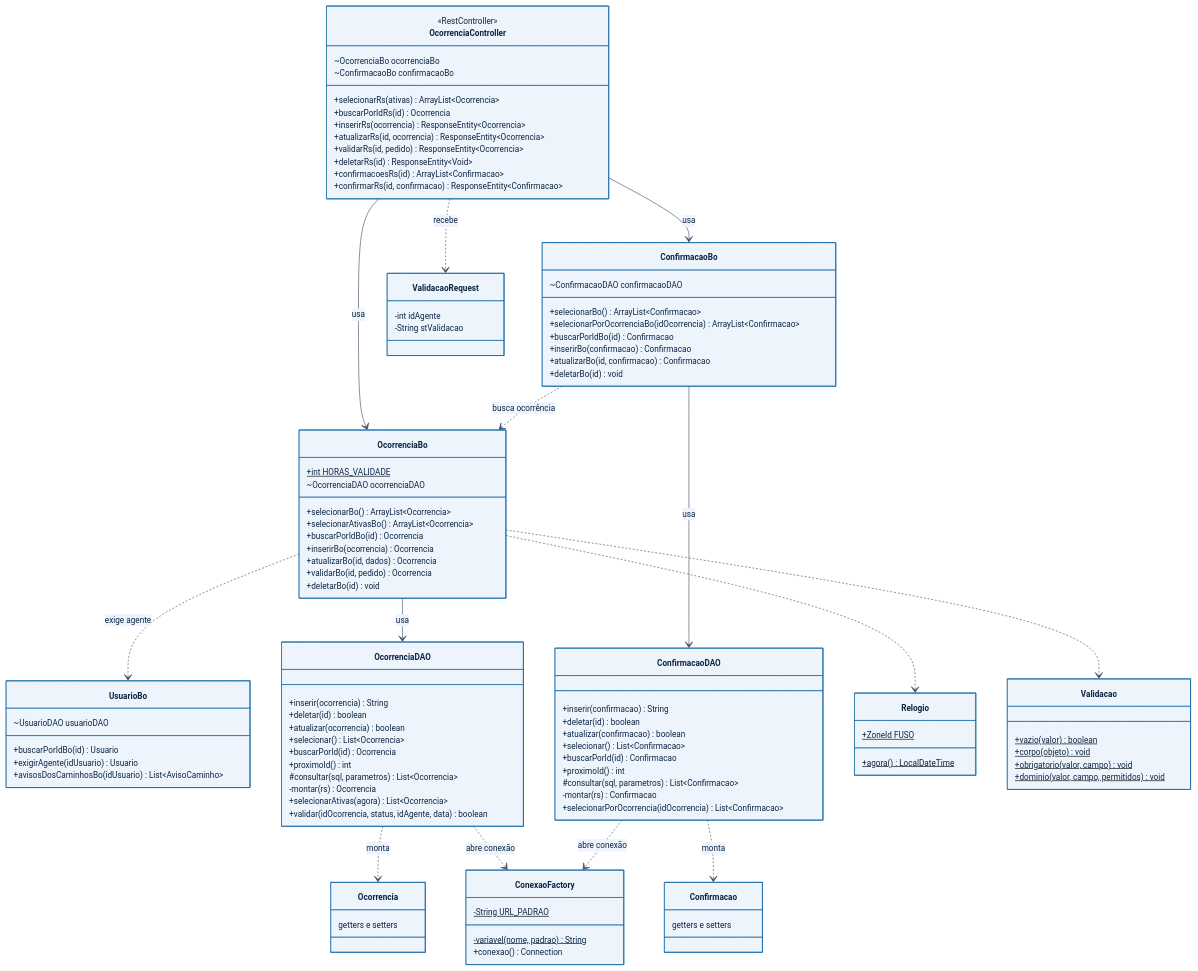
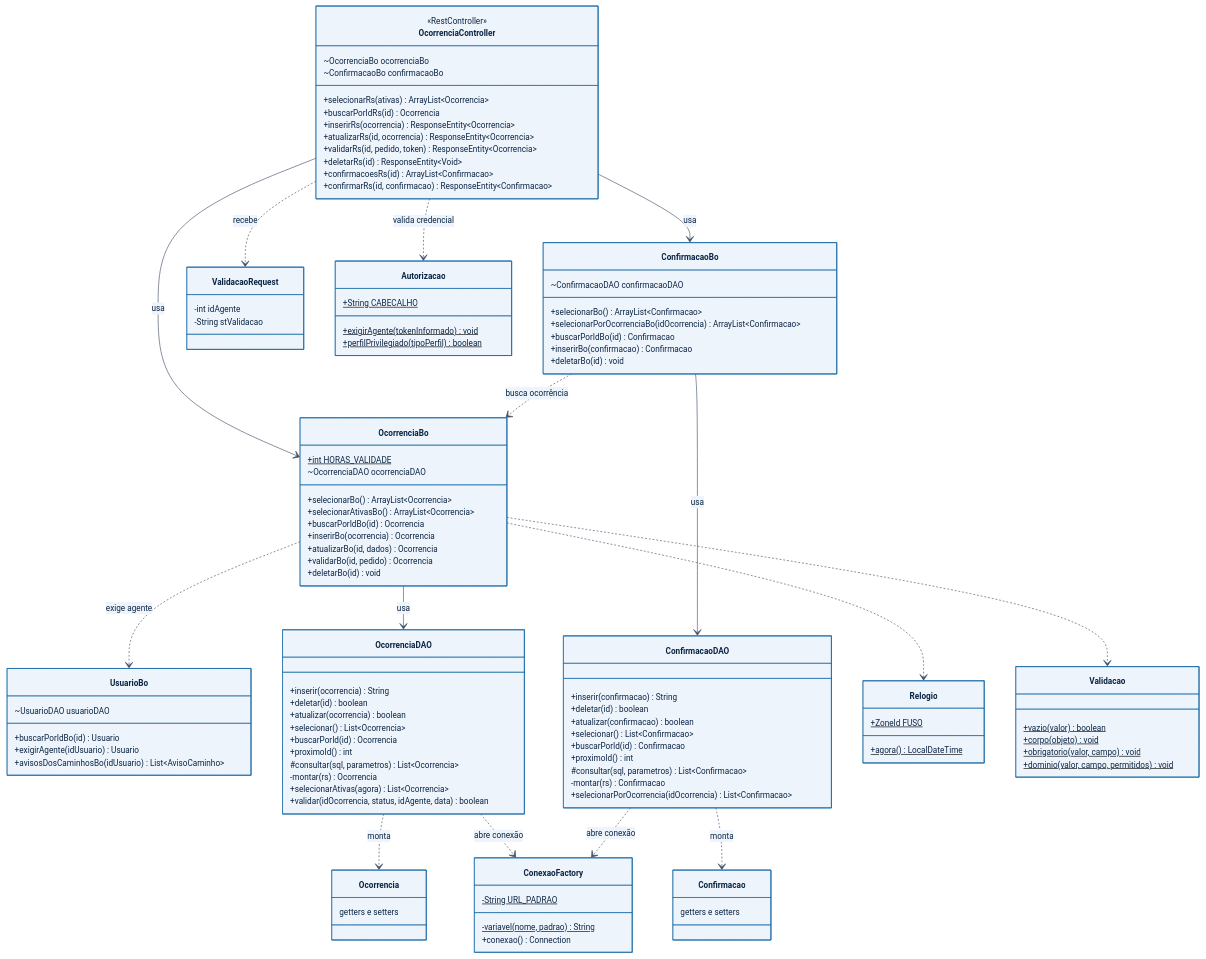
The diagram in docs/diagramas/3_fluxo_ocorrencia.mmd (fajuniior/rota-seca-api), drawn with Mermaid before and after one commit. The commit also changed 4 other files, not shown here.

Commit message:
Atualiza documentação e diagramas: credencial de agente, confirmações imutáveis e evidências de teste

```diff
--- a/docs/diagramas/3_fluxo_ocorrencia.mmd
+++ b/docs/diagramas/3_fluxo_ocorrencia.mmd
@@ -1,103 +1,108 @@
 %%{init: {'theme':'base','themeVariables':{'primaryColor':'#eef4fb','primaryBorderColor':'#1b6ca8','primaryTextColor':'#0b2545','lineColor':'#44506a','fontFamily':'Arial','fontSize':'13px'}}}%%
 classDiagram
   direction TB
   class OcorrenciaController {
     <<RestController>>
     ~OcorrenciaBo ocorrenciaBo
     ~ConfirmacaoBo confirmacaoBo
     +selecionarRs(ativas) ArrayList~Ocorrencia~
     +buscarPorIdRs(id) Ocorrencia
     +inserirRs(ocorrencia) ResponseEntity~Ocorrencia~
     +atualizarRs(id, ocorrencia) ResponseEntity~Ocorrencia~
-    +validarRs(id, pedido) ResponseEntity~Ocorrencia~
+    +validarRs(id, pedido, token) ResponseEntity~Ocorrencia~
     +deletarRs(id) ResponseEntity~Void~
     +confirmacoesRs(id) ArrayList~Confirmacao~
     +confirmarRs(id, confirmacao) ResponseEntity~Confirmacao~
   }
   class OcorrenciaBo {
     +int HORAS_VALIDADE$
     ~OcorrenciaDAO ocorrenciaDAO
     +selecionarBo() ArrayList~Ocorrencia~
     +selecionarAtivasBo() ArrayList~Ocorrencia~
     +buscarPorIdBo(id) Ocorrencia
     +inserirBo(ocorrencia) Ocorrencia
     +atualizarBo(id, dados) Ocorrencia
     +validarBo(id, pedido) Ocorrencia
     +deletarBo(id) void
   }
   class ConfirmacaoBo {
     ~ConfirmacaoDAO confirmacaoDAO
     +selecionarBo() ArrayList~Confirmacao~
     +selecionarPorOcorrenciaBo(idOcorrencia) ArrayList~Confirmacao~
     +buscarPorIdBo(id) Confirmacao
     +inserirBo(confirmacao) Confirmacao
-    +atualizarBo(id, confirmacao) Confirmacao
     +deletarBo(id) void
   }
   class UsuarioBo {
     ~UsuarioDAO usuarioDAO
     +buscarPorIdBo(id) Usuario
     +exigirAgente(idUsuario) Usuario
     +avisosDosCaminhosBo(idUsuario) List~AvisoCaminho~
   }
   class OcorrenciaDAO {
     +inserir(ocorrencia) String
     +deletar(id) boolean
     +atualizar(ocorrencia) boolean
     +selecionar() List~Ocorrencia~
     +buscarPorId(id) Ocorrencia
     +proximoId() int
     #consultar(sql, parametros) List~Ocorrencia~
     -montar(rs) Ocorrencia
     +selecionarAtivas(agora) List~Ocorrencia~
     +validar(idOcorrencia, status, idAgente, data) boolean
   }
   class ConfirmacaoDAO {
     +inserir(confirmacao) String
     +deletar(id) boolean
     +atualizar(confirmacao) boolean
     +selecionar() List~Confirmacao~
     +buscarPorId(id) Confirmacao
     +proximoId() int
     #consultar(sql, parametros) List~Confirmacao~
     -montar(rs) Confirmacao
     +selecionarPorOcorrencia(idOcorrencia) List~Confirmacao~
   }
   class Ocorrencia {
     getters e setters
   }
   class Confirmacao {
     getters e setters
   }
   class ValidacaoRequest {
     -int idAgente
     -String stValidacao
   }
   class ConexaoFactory {
     -String URL_PADRAO$
     -variavel(nome, padrao)$ String
     +conexao() Connection
   }
   class Relogio {
     +ZoneId FUSO$
     +agora()$ LocalDateTime
   }
   class Validacao {
     +vazio(valor)$ boolean
     +corpo(objeto)$ void
     +obrigatorio(valor, campo)$ void
     +dominio(valor, campo, permitidos)$ void
   }
+  class Autorizacao {
+    +String CABECALHO$
+    +exigirAgente(tokenInformado)$ void
+    +perfilPrivilegiado(tipoPerfil)$ boolean
+  }
+  OcorrenciaController ..> Autorizacao : valida credencial
   OcorrenciaController --> OcorrenciaBo : usa
   OcorrenciaController --> ConfirmacaoBo : usa
   OcorrenciaController ..> ValidacaoRequest : recebe
   OcorrenciaBo --> OcorrenciaDAO : usa
   OcorrenciaBo ..> UsuarioBo : exige agente
   ConfirmacaoBo --> ConfirmacaoDAO : usa
   ConfirmacaoBo ..> OcorrenciaBo : busca ocorrência
   OcorrenciaDAO ..> Ocorrencia : monta
   ConfirmacaoDAO ..> Confirmacao : monta
   OcorrenciaDAO ..> ConexaoFactory : abre conexão
   ConfirmacaoDAO ..> ConexaoFactory : abre conexão
   OcorrenciaBo ..> Relogio
   OcorrenciaBo ..> Validacao
```
